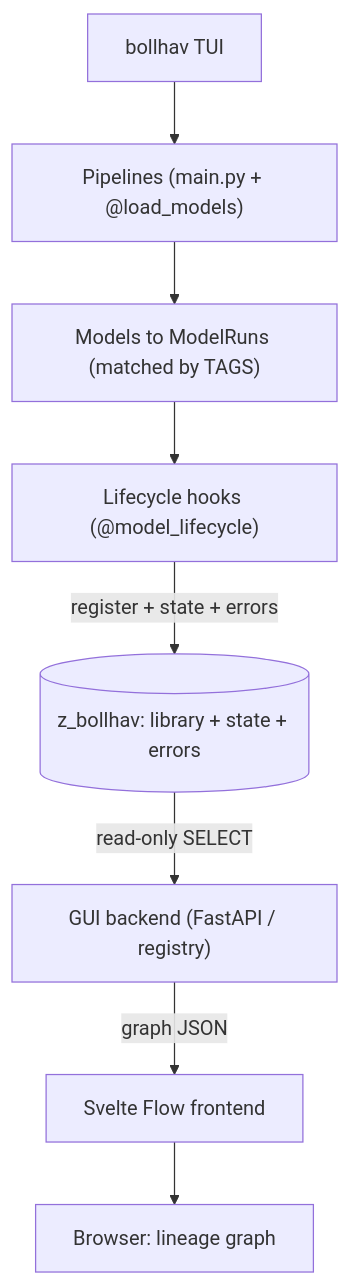
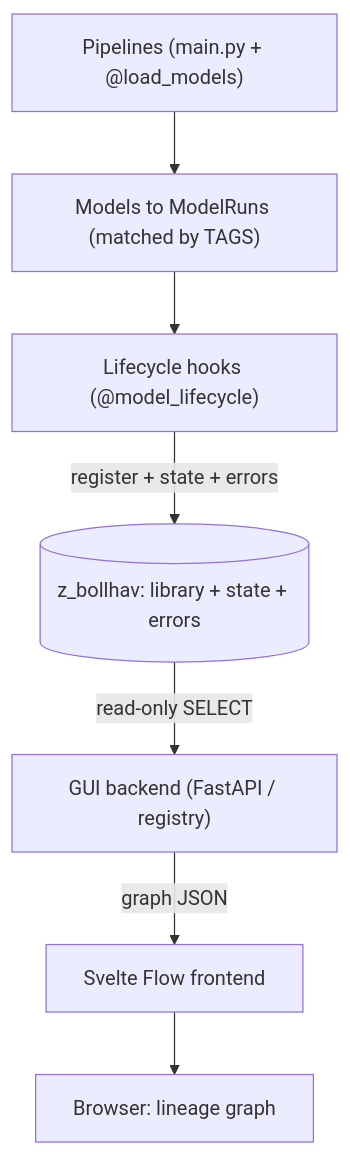
One commit to ebremstedt/bollhav changed the diagram in docs/content/GUI.md. Above: the diagram before and after it, drawn with Mermaid. The commit also changed other lines of this file and 20 other files, not shown here.

````diff
--- a/docs/content/GUI.md
+++ b/docs/content/GUI.md
@@ -26,10 +26,9 @@
 ```mermaid
 flowchart TD
-    TUI["bollhav TUI"] --> PIPE
     PIPE["Pipelines (main.py + @load_models)"] --> MODELS
     MODELS["Models to ModelRuns (matched by TAGS)"] --> LC
     LC["Lifecycle hooks (@model_lifecycle)"] -->|register + state + errors| DB
     DB[("z_bollhav: library + state + errors")] -->|read-only SELECT| API
     API["GUI backend (FastAPI / registry)"] -->|graph JSON| FE
     FE["Svelte Flow frontend"] --> BROWSER["Browser: lineage graph"]
 ```
````
